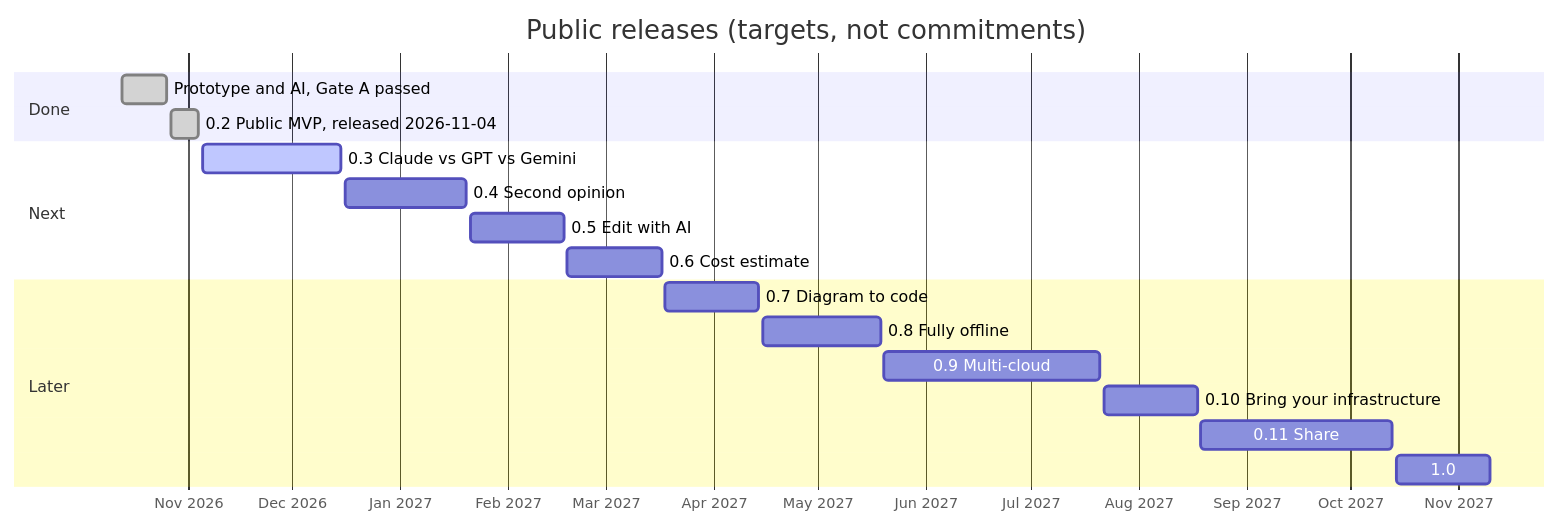
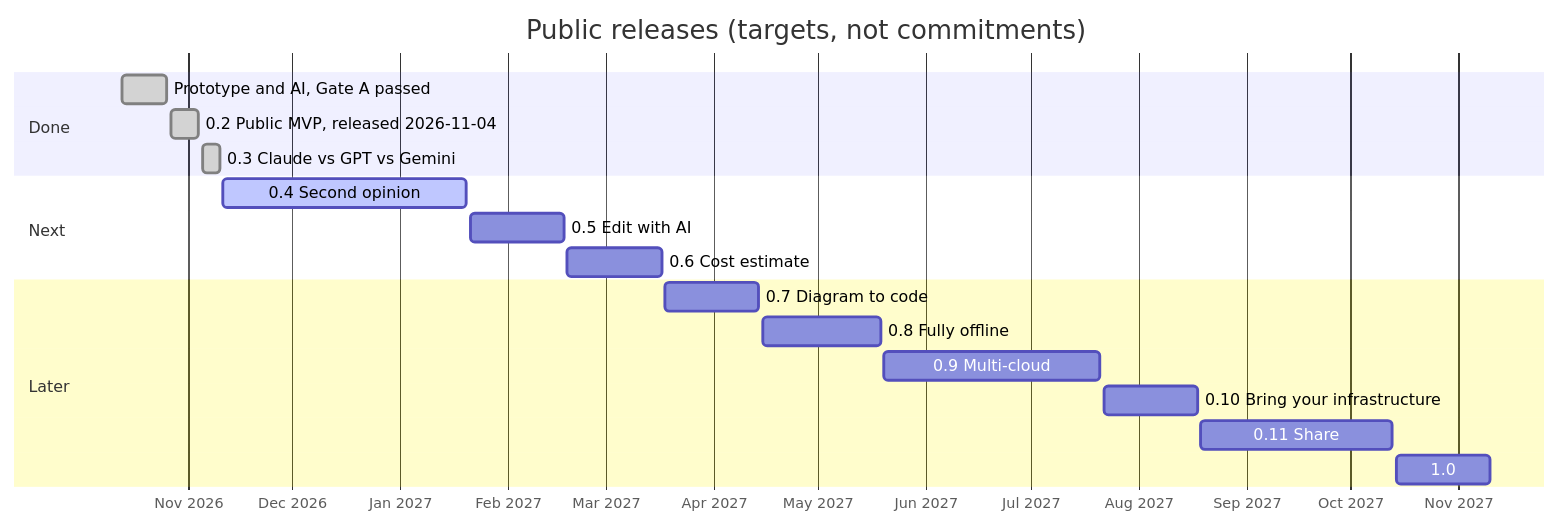
The diagram in docs/product/roadmap.md (aliaksandr-liapin/cloudarchitect-lite), drawn with Mermaid before and after one commit. The commit also changed other lines of this file and 164 other files, not shown here.

First line of the commit message:
Release 0.3: Claude vs GPT vs Gemini (#29)

````diff
--- a/docs/product/roadmap.md
+++ b/docs/product/roadmap.md
@@ -22,22 +22,22 @@
 ```mermaid
 gantt
     title Public releases (targets, not commitments)
     dateFormat YYYY-MM-DD
     axisFormat %b %Y
     tickInterval 1month
     section Done
     Prototype and AI, Gate A passed      :done,   p02, 2026-10-13, 2026-10-26
     0.2 Public MVP, released 2026-11-04  :done,   r02, 2026-10-27, 2026-11-04
+    0.3 Claude vs GPT vs Gemini          :done,   r03, 2026-11-05, 2026-11-10
     section Next
-    0.3 Claude vs GPT vs Gemini          :active, r03, 2026-11-05, 2026-12-15
-    0.4 Second opinion                   :        r04, 2026-12-16, 2027-01-20
+    0.4 Second opinion                   :active, r04, 2026-11-11, 2027-01-20
     0.5 Edit with AI                     :        r05, 2027-01-21, 2027-02-17
     0.6 Cost estimate                    :        r06, 2027-02-18, 2027-03-17
     section Later
     0.7 Diagram to code                  :        r07, 2027-03-18, 2027-04-14
     0.8 Fully offline                    :        r08, 2027-04-15, 2027-05-19
     0.9 Multi-cloud                      :        r09, 2027-05-20, 2027-07-21
     0.10 Bring your infrastructure       :        r10, 2027-07-22, 2027-08-18
     0.11 Share                           :        r11, 2027-08-19, 2027-10-13
     1.0                                  :        r1,  2027-10-14, 2027-11-10
 ```
````
